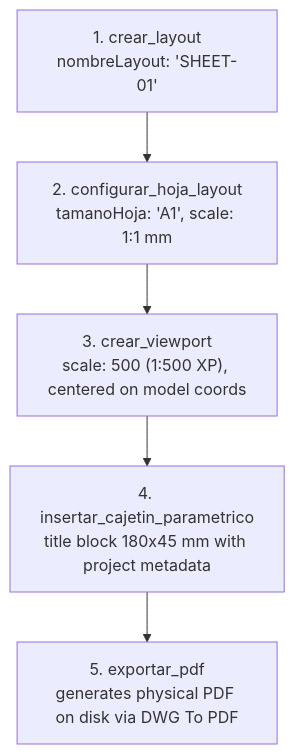
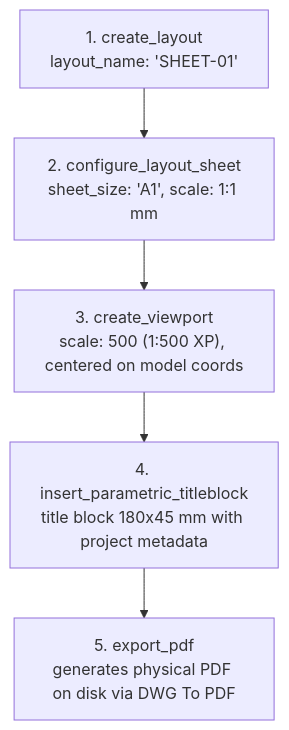
The second of 4 diagrams in docs/TOOLS_CHEAT_SHEET.md (LuiccianDev/autocad-mcp), drawn with Mermaid before and after one commit. The commit also changed other lines of this file and 10 other files, not shown here.

````diff
--- a/docs/TOOLS_CHEAT_SHEET.md
+++ b/docs/TOOLS_CHEAT_SHEET.md
@@ -76,7 +76,7 @@
 ```mermaid
 flowchart TD
-    A["1. crear_layout\nnombreLayout: 'SHEET-01'"] --> B["2. configurar_hoja_layout\ntamanoHoja: 'A1', scale: 1:1 mm"]
-    B --> C["3. crear_viewport\nscale: 500 (1:500 XP), centered on model coords"]
-    C --> D["4. insertar_cajetin_parametrico\ntitle block 180x45 mm with project metadata"]
-    D --> E["5. exportar_pdf\ngenerates physical PDF on disk via DWG To PDF"]
+    A["1. create_layout\nlayout_name: 'SHEET-01'"] --> B["2. configure_layout_sheet\nsheet_size: 'A1', scale: 1:1 mm"]
+    B --> C["3. create_viewport\nscale: 500 (1:500 XP), centered on model coords"]
+    C --> D["4. insert_parametric_titleblock\ntitle block 180x45 mm with project metadata"]
+    D --> E["5. export_pdf\ngenerates physical PDF on disk via DWG To PDF"]
 ```
````
